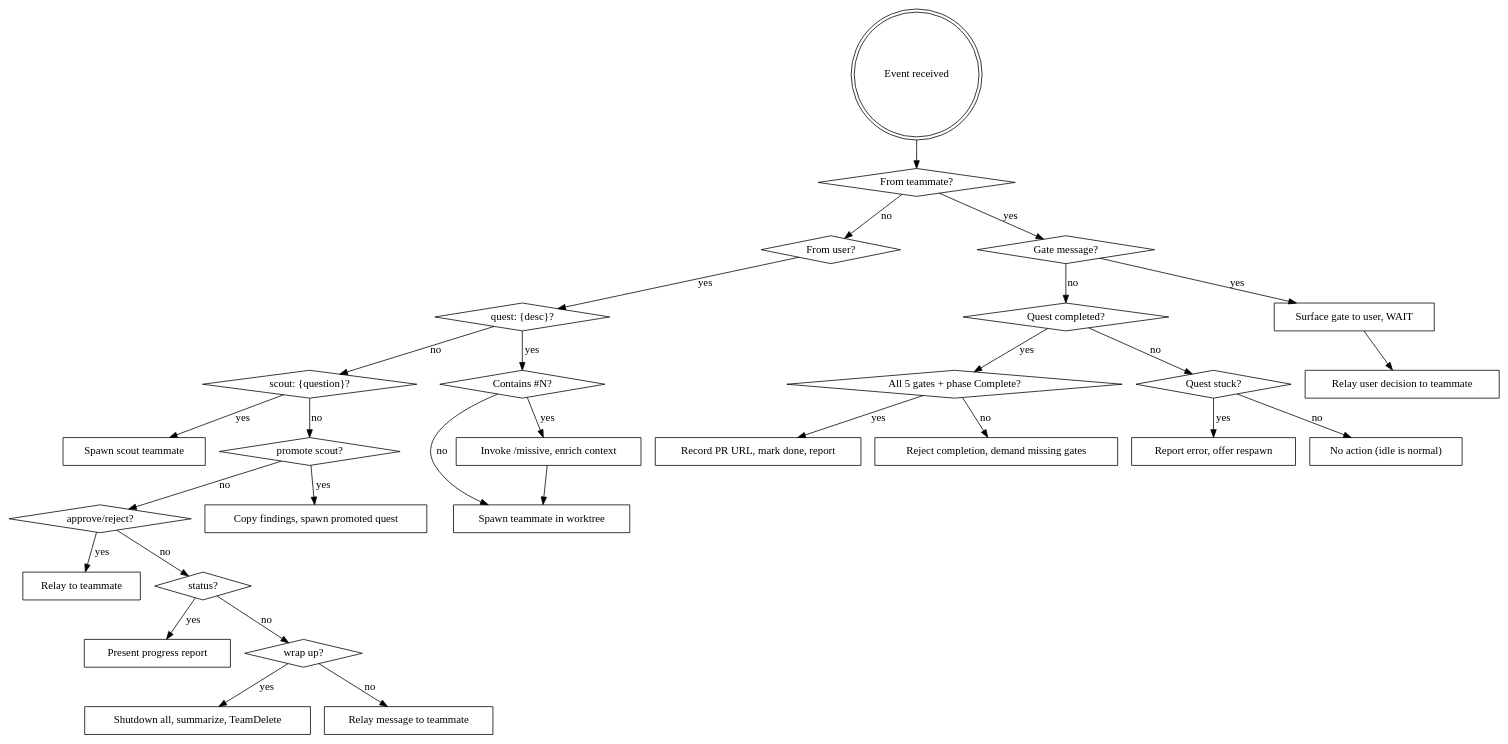
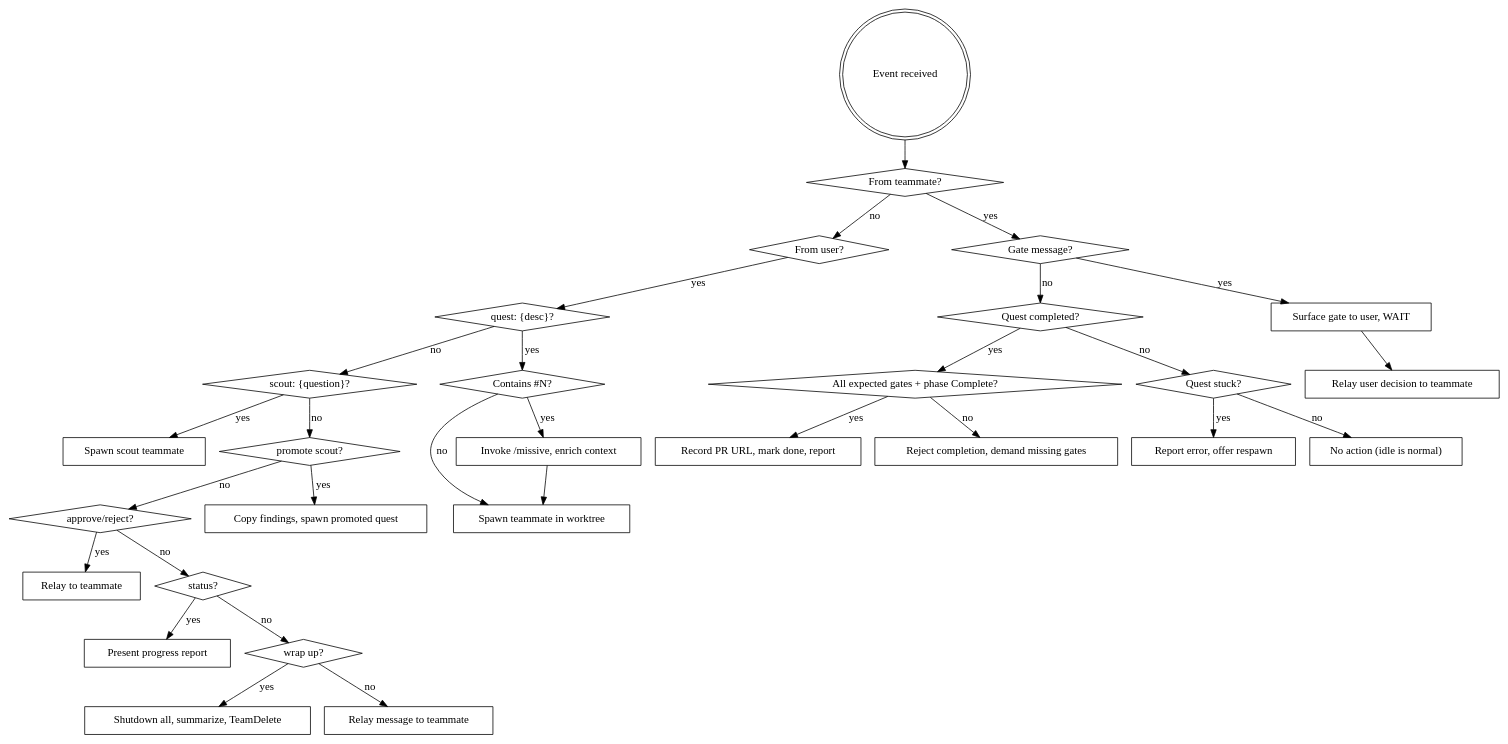
The diagram in plugin/skills/fellowship/resources/lead-behavior.md (justinjdev/fellowship), drawn with Graphviz before and after one commit. The commit also changed other lines of this file and 14 other files, not shown here.

````diff
--- a/plugin/skills/fellowship/resources/lead-behavior.md
+++ b/plugin/skills/fellowship/resources/lead-behavior.md
@@ -3,63 +3,63 @@
 ```dot
 digraph gandalf {
     "Event received" [shape=doublecircle];
     "From teammate?" [shape=diamond];
     "From user?" [shape=diamond];
     "Gate message?" [shape=diamond];
     "Quest completed?" [shape=diamond];
-    "All 5 gates + phase Complete?" [shape=diamond];
+    "All expected gates + phase Complete?" [shape=diamond];
     "Quest stuck?" [shape=diamond];
     "Surface gate to user, WAIT" [shape=box];
     "Relay user decision to teammate" [shape=box];
     "Record PR URL, mark done, report" [shape=box];
     "Reject completion, demand missing gates" [shape=box];
     "Report error, offer respawn" [shape=box];
     "No action (idle is normal)" [shape=box];
     "quest: {desc}?" [shape=diamond];
     "Spawn teammate in worktree" [shape=box];
     "scout: {question}?" [shape=diamond];
     "Spawn scout teammate" [shape=box];
     "approve/reject?" [shape=diamond];
     "Relay to teammate" [shape=box];
     "status?" [shape=diamond];
     "Present progress report" [shape=box];
     "wrap up?" [shape=diamond];
     "Shutdown all, summarize, TeamDelete" [shape=box];
     "Relay message to teammate" [shape=box];
 
     "Event received" -> "From teammate?";
     "From teammate?" -> "Gate message?" [label="yes"];
     "From teammate?" -> "From user?" [label="no"];
     "Gate message?" -> "Surface gate to user, WAIT" [label="yes"];
     "Surface gate to user, WAIT" -> "Relay user decision to teammate";
     "Gate message?" -> "Quest completed?" [label="no"];
-    "Quest completed?" -> "All 5 gates + phase Complete?" [label="yes"];
-    "All 5 gates + phase Complete?" -> "Record PR URL, mark done, report" [label="yes"];
-    "All 5 gates + phase Complete?" -> "Reject completion, demand missing gates" [label="no"];
+    "Quest completed?" -> "All expected gates + phase Complete?" [label="yes"];
+    "All expected gates + phase Complete?" -> "Record PR URL, mark done, report" [label="yes"];
+    "All expected gates + phase Complete?" -> "Reject completion, demand missing gates" [label="no"];
     "Quest completed?" -> "Quest stuck?" [label="no"];
     "Quest stuck?" -> "Report error, offer respawn" [label="yes"];
     "Quest stuck?" -> "No action (idle is normal)" [label="no"];
     "From user?" -> "quest: {desc}?" [label="yes"];
     "Contains #N?" [shape=diamond];
     "Invoke /missive, enrich context" [shape=box];
 
     "quest: {desc}?" -> "Contains #N?" [label="yes"];
     "Contains #N?" -> "Invoke /missive, enrich context" [label="yes"];
     "Invoke /missive, enrich context" -> "Spawn teammate in worktree";
     "Contains #N?" -> "Spawn teammate in worktree" [label="no"];
     "quest: {desc}?" -> "scout: {question}?" [label="no"];
     "scout: {question}?" -> "Spawn scout teammate" [label="yes"];
     "promote scout?" [shape=diamond];
     "Copy findings, spawn promoted quest" [shape=box];
 
     "scout: {question}?" -> "promote scout?" [label="no"];
     "promote scout?" -> "Copy findings, spawn promoted quest" [label="yes"];
     "promote scout?" -> "approve/reject?" [label="no"];
     "approve/reject?" -> "Relay to teammate" [label="yes"];
     "approve/reject?" -> "status?" [label="no"];
     "status?" -> "Present progress report" [label="yes"];
     "status?" -> "wrap up?" [label="no"];
     "wrap up?" -> "Shutdown all, summarize, TeamDelete" [label="yes"];
     "wrap up?" -> "Relay message to teammate" [label="no"];
 }
 ```
````
